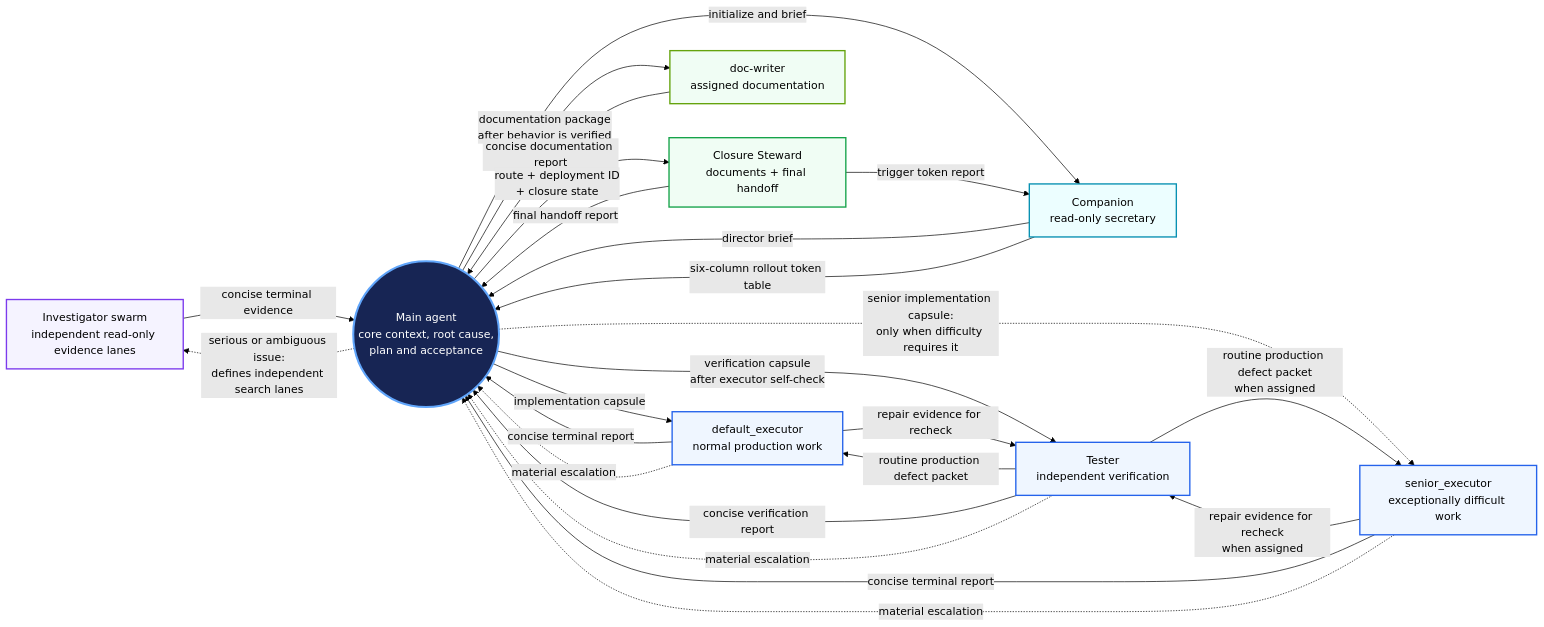
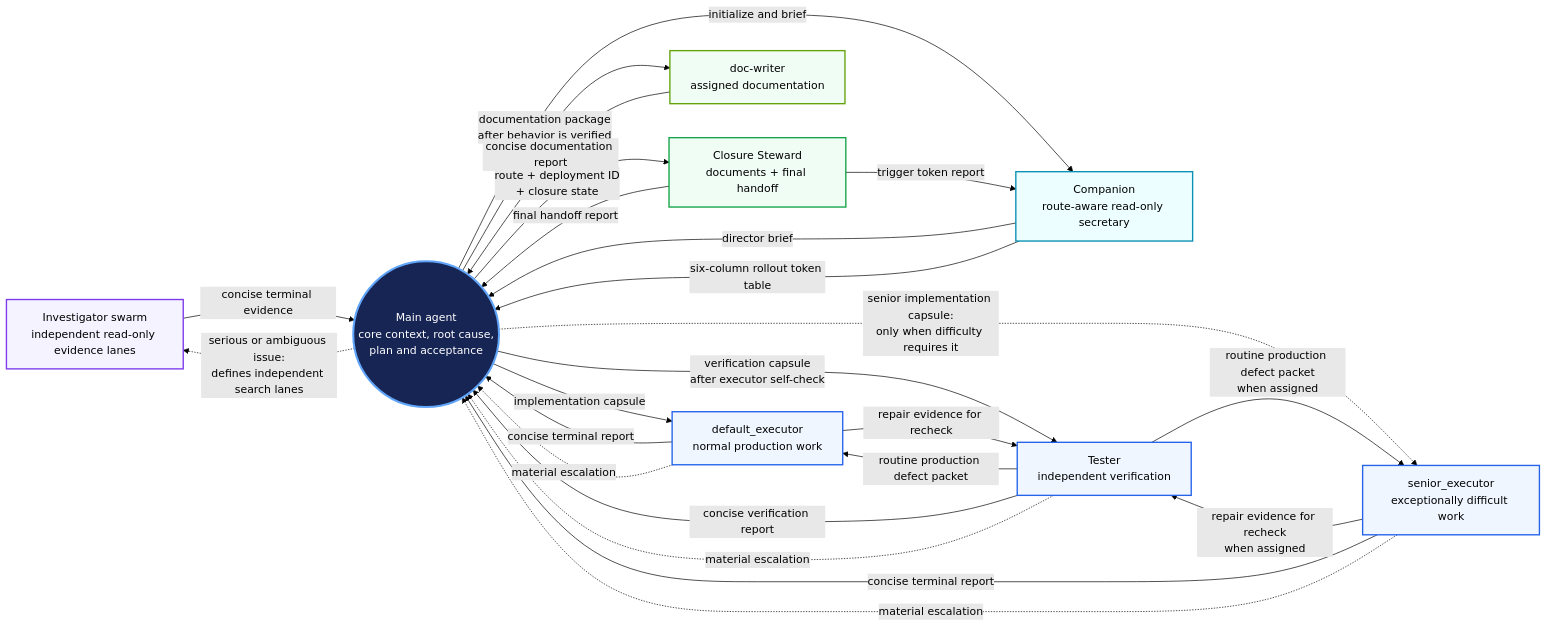
The diagram in workflow_usage.md (Aerox912/codex_workflow), drawn with Mermaid (forest theme) before and after one commit. The commit also changed other lines of this file and 26 other files, not shown here.

````diff
--- a/workflow_usage.md
+++ b/workflow_usage.md
@@ -377,51 +380,51 @@
 ```mermaid
 flowchart LR
     I["Investigator swarm<br/>independent read-only evidence lanes"]
-    C["Companion<br/>read-only secretary"]
+    C["Companion<br/>route-aware read-only secretary"]
     M(("Main agent<br/>core context, root cause,<br/>plan and acceptance"))
     D["default_executor<br/>normal production work"]
     S["senior_executor<br/>exceptionally difficult work"]
     T["Tester<br/>independent verification"]
     W["doc-writer<br/>assigned documentation"]
     X["Closure Steward<br/>documents + final handoff"]
 
     M -->|initialize and brief| C
     M -.->|serious or ambiguous issue:<br/>defines independent search lanes| I
     C -->|director brief| M
     I -->|concise terminal evidence| M
 
     M -->|implementation capsule| D
     M -.->|senior implementation capsule:<br/>only when difficulty requires it| S
     M -->|verification capsule<br/>after executor self-check| T
     T -->|routine production defect packet| D
     D -->|repair evidence for recheck| T
     T -->|routine production defect packet<br/>when assigned| S
     S -->|repair evidence for recheck<br/>when assigned| T
     D -->|concise terminal report| M
     S -->|concise terminal report| M
     T -->|concise verification report| M
     D -.->|material escalation| M
     S -.->|material escalation| M
     T -.->|material escalation| M
 
     M -->|documentation package<br/>after behavior is verified| W
     W -->|concise documentation report| M
 
     M -->|route + deployment ID<br/>+ closure state| X
     X -->|trigger token report| C
     X -->|final handoff report| M
     C -->|six-column rollout token table| M
 
     classDef center fill:#172554,color:#fff,stroke:#60a5fa,stroke-width:3px;
     classDef wrapper fill:#ecfeff,stroke:#0891b2,stroke-width:2px;
     classDef research fill:#f5f3ff,stroke:#7c3aed,stroke-width:2px;
     classDef execution fill:#eff6ff,stroke:#2563eb,stroke-width:2px;
     classDef documentation fill:#f0fdf4,stroke:#65a30d,stroke-width:2px;
     classDef closure fill:#f0fdf4,stroke:#16a34a,stroke-width:2px;
     class M center;
     class C wrapper;
     class I research;
     class D,S,T execution;
     class W documentation;
     class X closure;
 ```
````
